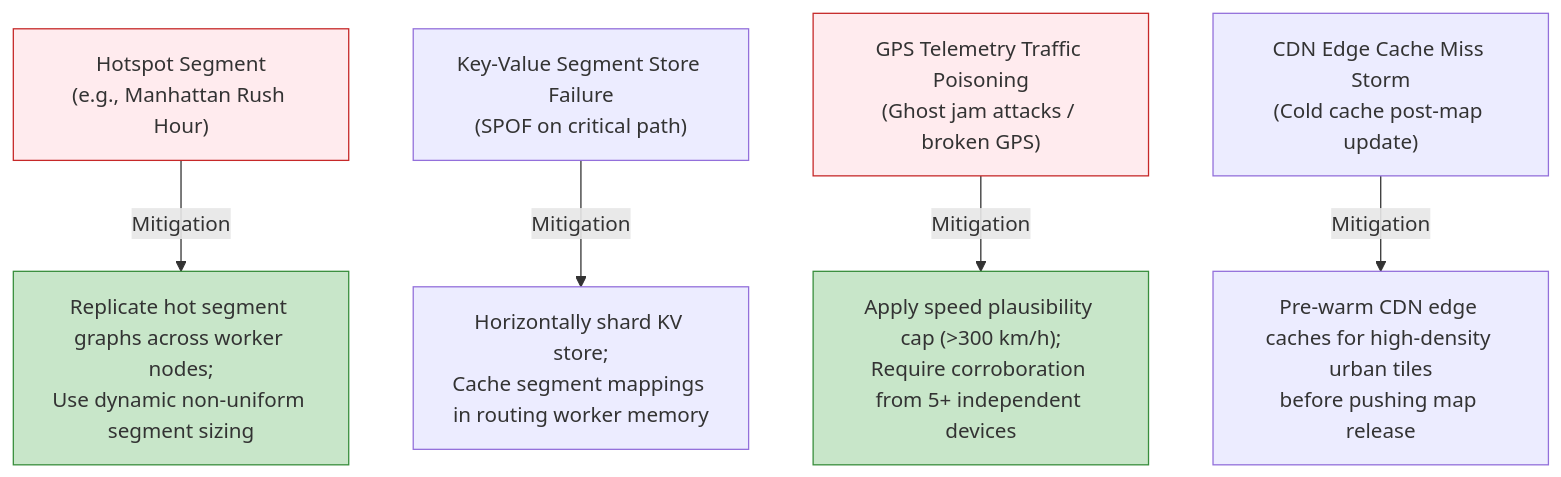
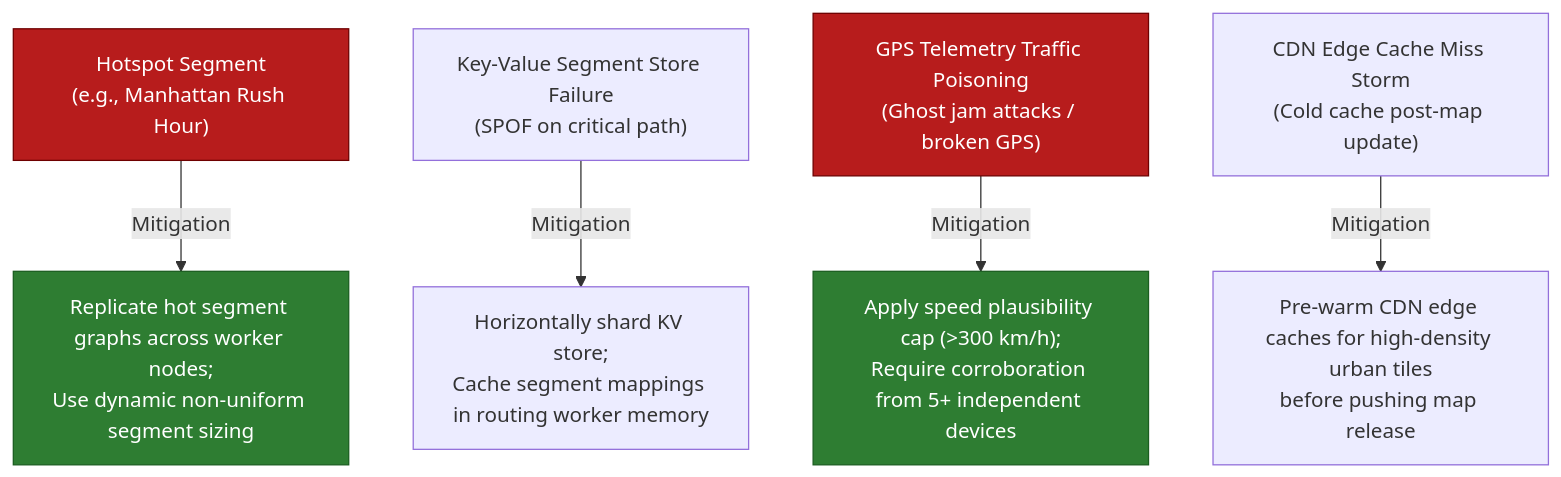
Before and after one commit to riyaz-pasha/Learnings: diagram 25 of 27 in system-design/HLD/0-course/28-Design Google Maps-FAANG-Guide.md, drawn with Mermaid. The commit also changed other lines of this file and 1 other file, not shown here.

First line of the commit message:
[HLD] Make Google Maps guide mermaid diagram colors theme-safe

````diff
--- a/system-design/HLD/0-course/28-Design Google Maps-FAANG-Guide.md
+++ b/system-design/HLD/0-course/28-Design Google Maps-FAANG-Guide.md
@@ -1073,12 +1073,12 @@
 ```mermaid
 flowchart TD
     F1["Hotspot Segment<br/>(e.g., Manhattan Rush Hour)"] -->|Mitigation| M1["Replicate hot segment graphs across worker nodes;<br/>Use dynamic non-uniform segment sizing"]
     F2["Key-Value Segment Store Failure<br/>(SPOF on critical path)"] -->|Mitigation| M2["Horizontally shard KV store;<br/>Cache segment mappings in routing worker memory"]
     F3["GPS Telemetry Traffic Poisoning<br/>(Ghost jam attacks / broken GPS)"] -->|Mitigation| M3["Apply speed plausibility cap (>300 km/h);<br/>Require corroboration from 5+ independent devices"]
     F4["CDN Edge Cache Miss Storm<br/>(Cold cache post-map update)"] -->|Mitigation| M4["Pre-warm CDN edge caches for high-density urban tiles<br/>before pushing map release"]
 
-    style F1 fill:#ffebee,stroke:#c62828
-    style M1 fill:#c8e6c9,stroke:#388e3c
-    style F3 fill:#ffebee,stroke:#c62828
-    style M3 fill:#c8e6c9,stroke:#388e3c
+    style F1 fill:#b71c1c,stroke:#6e0000,color:#ffffff
+    style M1 fill:#2e7d32,stroke:#1b5e20,color:#ffffff
+    style F3 fill:#b71c1c,stroke:#6e0000,color:#ffffff
+    style M3 fill:#2e7d32,stroke:#1b5e20,color:#ffffff
 ```
````
